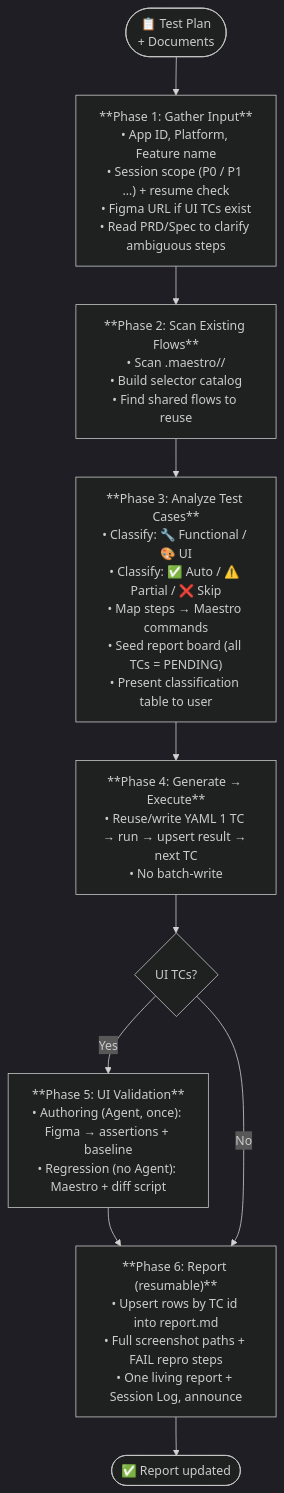
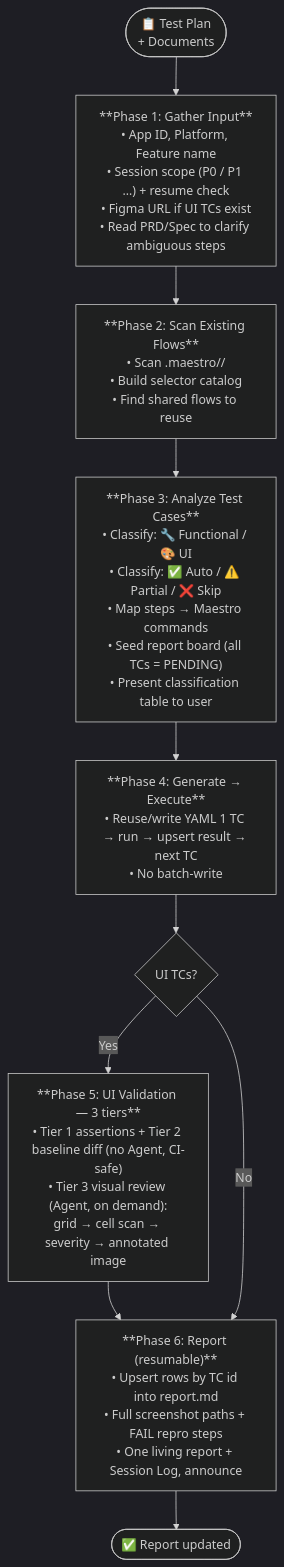
One commit to anhdo9797/my_skills changed the second of 11 diagrams in maestro-test-executor/DOC.md. Above: the diagram before and after it, drawn with Mermaid (dark theme). The commit also changed other lines of this file and 7 other files, not shown here.

````diff
--- a/maestro-test-executor/DOC.md
+++ b/maestro-test-executor/DOC.md
@@ -47,17 +50,17 @@
 ```mermaid
 flowchart TD
     A([📋 Test Plan\n+ Documents]) --> P1
 
     P1["**Phase 1: Gather Input**\n• App ID, Platform, Feature name\n• Session scope (P0 / P1 …) + resume check\n• Figma URL if UI TCs exist\n• Read PRD/Spec to clarify ambiguous steps"]
     P2["**Phase 2: Scan Existing Flows**\n• Scan .maestro/<app-id>/\n• Build selector catalog\n• Find shared flows to reuse"]
     P3["**Phase 3: Analyze Test Cases**\n• Classify: 🔧 Functional / 🎨 UI\n• Classify: ✅ Auto / ⚠️ Partial / ❌ Skip\n• Map steps → Maestro commands\n• Seed report board (all TCs = PENDING)\n• Present classification table to user"]
     P4["**Phase 4: Generate → Execute**\n• Reuse/write YAML 1 TC → run → upsert result → next TC\n• No batch-write"]
-    P5["**Phase 5: UI Validation**\n• Authoring (Agent, once): Figma → assertions + baseline\n• Regression (no Agent): Maestro + diff script"]
+    P5["**Phase 5: UI Validation — 3 tiers**\n• Tier 1 assertions + Tier 2 baseline diff (no Agent, CI-safe)\n• Tier 3 visual review (Agent, on demand):\ngrid → cell scan → severity → annotated image"]
     P6["**Phase 6: Report (resumable)**\n• Upsert rows by TC id into report.md\n• Full screenshot paths + FAIL repro steps\n• One living report + Session Log, announce"]
 
     P1 --> P2 --> P3 --> P4
     P4 --> P5_check{UI TCs?}
     P5_check -- Yes --> P5 --> P6
     P5_check -- No --> P6
     P6 --> Z([✅ Report updated])
 ```
````
